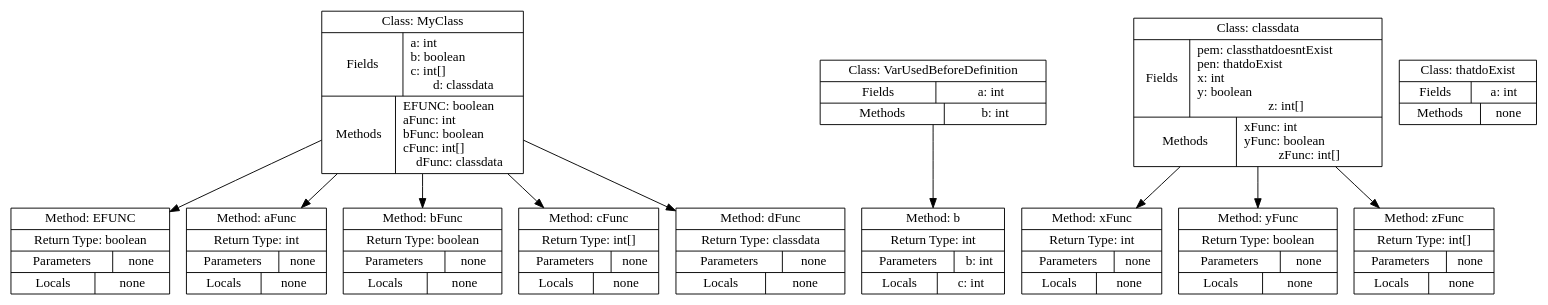
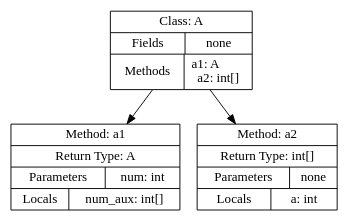
Before and after one commit to Turtlesound/getting_started: the diagram in symboltable.dot, drawn with Graphviz.

```diff
--- a/symboltable.dot
+++ b/symboltable.dot
@@ -1,25 +1,8 @@
 digraph SymbolTable {
   node [shape=record];
-  MyClass [label="{Class: MyClass|{Fields|a: int\lb: boolean\lc: int[]\ld: classdata}|{Methods|EFUNC: boolean\laFunc: int\lbFunc: boolean\lcFunc: int[]\ldFunc: classdata}}"];
-  MyClass_EFUNC [label="{Method: EFUNC|Return Type: boolean|{Parameters|none}|{Locals|none}}"];
-  MyClass -> MyClass_EFUNC;
-  MyClass_aFunc [label="{Method: aFunc|Return Type: int|{Parameters|none}|{Locals|none}}"];
-  MyClass -> MyClass_aFunc;
-  MyClass_bFunc [label="{Method: bFunc|Return Type: boolean|{Parameters|none}|{Locals|none}}"];
-  MyClass -> MyClass_bFunc;
-  MyClass_cFunc [label="{Method: cFunc|Return Type: int[]|{Parameters|none}|{Locals|none}}"];
-  MyClass -> MyClass_cFunc;
-  MyClass_dFunc [label="{Method: dFunc|Return Type: classdata|{Parameters|none}|{Locals|none}}"];
-  MyClass -> MyClass_dFunc;
-  VarUsedBeforeDefinition [label="{Class: VarUsedBeforeDefinition|{Fields|a: int}|{Methods|b: int}}"];
-  VarUsedBeforeDefinition_b [label="{Method: b|Return Type: int|{Parameters|b: int}|{Locals|c: int}}"];
-  VarUsedBeforeDefinition -> VarUsedBeforeDefinition_b;
-  classdata [label="{Class: classdata|{Fields|pem: classthatdoesntExist\lpen: thatdoExist\lx: int\ly: boolean\lz: int[]}|{Methods|xFunc: int\lyFunc: boolean\lzFunc: int[]}}"];
-  classdata_xFunc [label="{Method: xFunc|Return Type: int|{Parameters|none}|{Locals|none}}"];
-  classdata -> classdata_xFunc;
-  classdata_yFunc [label="{Method: yFunc|Return Type: boolean|{Parameters|none}|{Locals|none}}"];
-  classdata -> classdata_yFunc;
-  classdata_zFunc [label="{Method: zFunc|Return Type: int[]|{Parameters|none}|{Locals|none}}"];
-  classdata -> classdata_zFunc;
-  thatdoExist [label="{Class: thatdoExist|{Fields|a: int}|{Methods|none}}"];
+  A [label="{Class: A|{Fields|none}|{Methods|a1: A\la2: int[]}}"];
+  A_a1 [label="{Method: a1|Return Type: A|{Parameters|num: int}|{Locals|num_aux: int[]}}"];
+  A -> A_a1;
+  A_a2 [label="{Method: a2|Return Type: int[]|{Parameters|none}|{Locals|a: int}}"];
+  A -> A_a2;
 }
```
